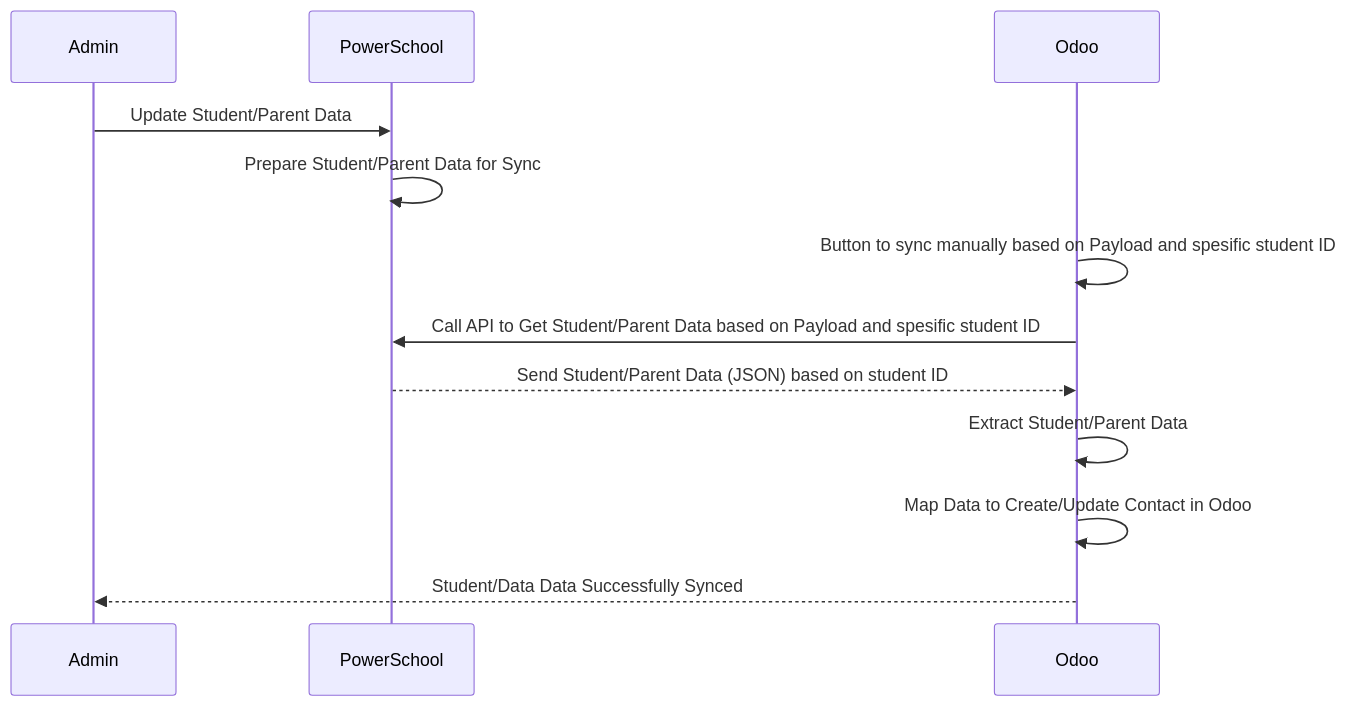
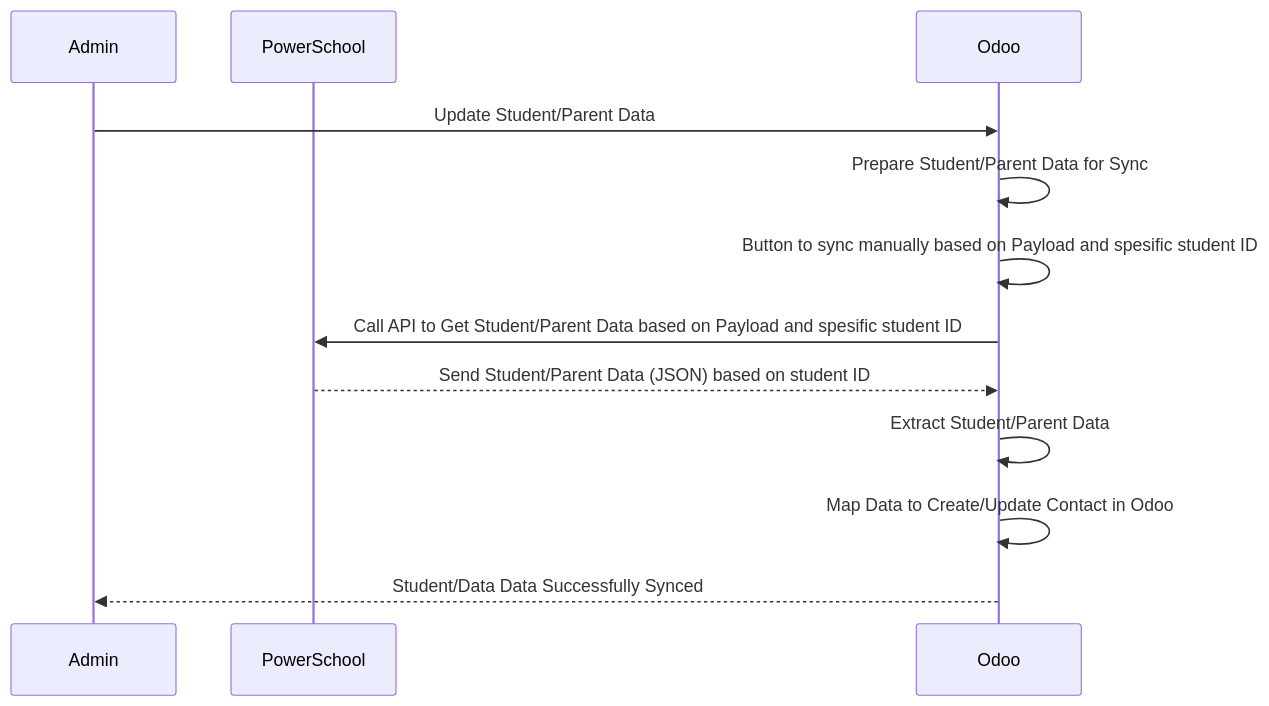
One commit to kamalyui9/lincoln_school changed the second of 4 diagrams in PowerSchool Provides Rest API.md. Above: the diagram before and after it, drawn with Mermaid. The commit also changed other lines of this file, not shown here.

Commit message:
Update PowerSchool Provides Rest API.md

````diff
--- a/PowerSchool Provides Rest API.md
+++ b/PowerSchool Provides Rest API.md
@@ -23,15 +23,15 @@
 ```mermaid
 sequenceDiagram
     participant Admin as Admin
     participant PowerSchool as PowerSchool
     participant Odoo as Odoo
 
-    Admin->>PowerSchool: Update Student/Parent Data
-    PowerSchool->>PowerSchool: Prepare Student/Parent Data for Sync
+    Admin->>Odoo: Update Student/Parent Data
+    Odoo->>Odoo: Prepare Student/Parent Data for Sync
     Odoo->>Odoo: Button to sync manually based on Payload and spesific student ID
     Odoo->>PowerSchool: Call API to Get Student/Parent Data based on Payload and spesific student ID
     PowerSchool-->>Odoo: Send Student/Parent Data (JSON) based on student ID
     Odoo->>Odoo: Extract Student/Parent Data
     Odoo->>Odoo: Map Data to Create/Update Contact in Odoo
     Odoo-->>Admin: Student/Data Data Successfully Synced
 ```
````
